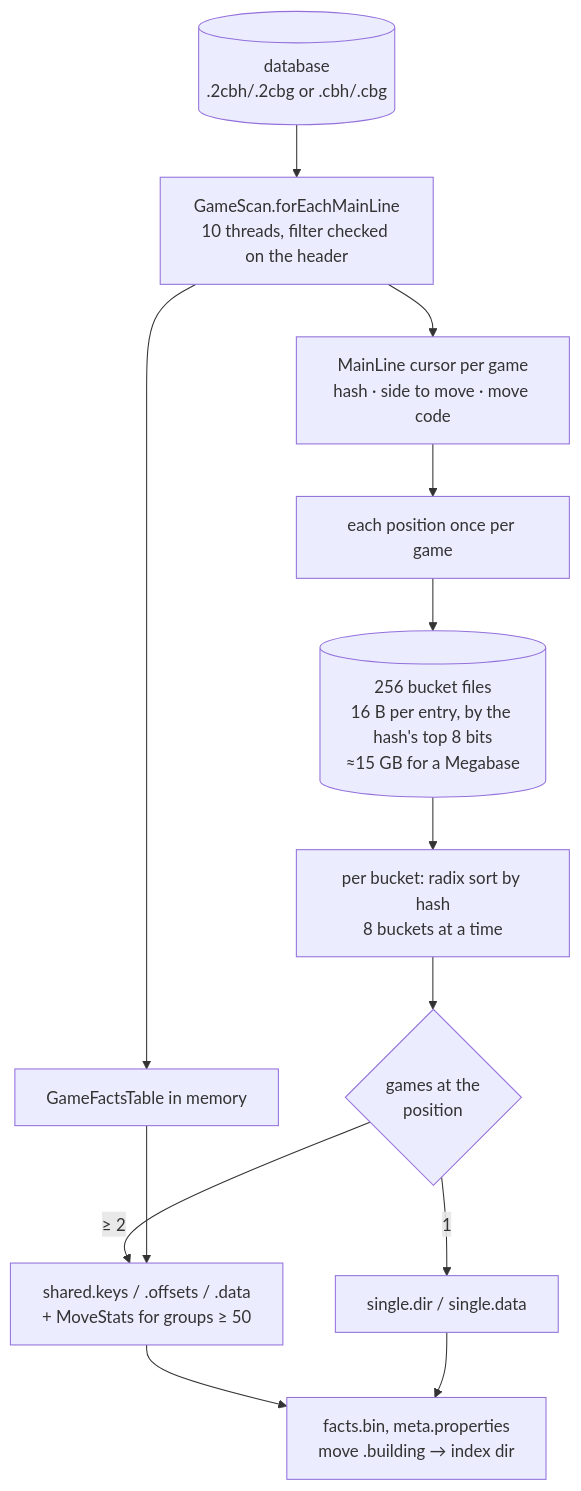
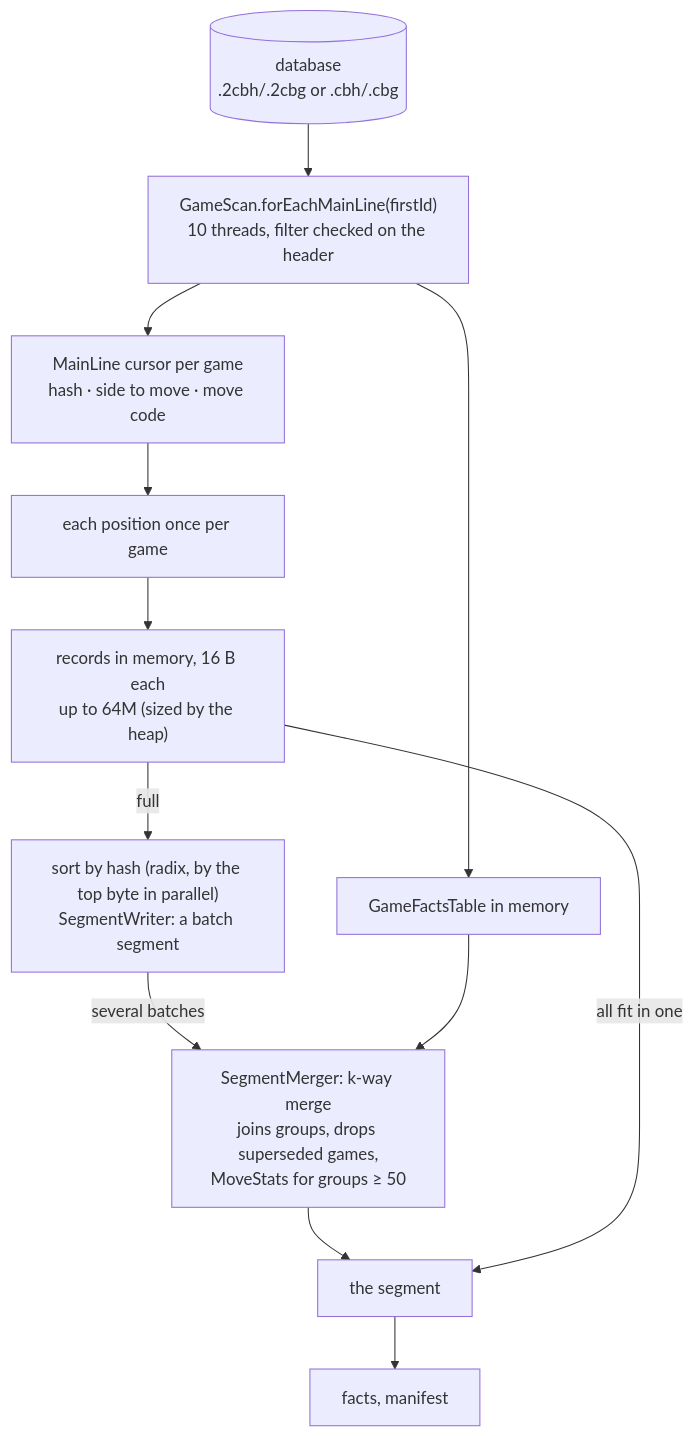
The second of 5 diagrams in morphy-positions/docs/POSITION-INDEX.md (Yarin78/morphy), drawn with Mermaid before and after one commit. The commit also changed other lines of this file and 29 other files, not shown here.

First line of the commit message:
Keep a position index as immutable segments, updated and compacted

````diff
--- a/morphy-positions/docs/POSITION-INDEX.md
+++ b/morphy-positions/docs/POSITION-INDEX.md
@@ -116,23 +138,21 @@
 ```mermaid
 flowchart TD
   db[("database<br/>.2cbh/.2cbg or .cbh/.cbg")]
-  scan["GameScan.forEachMainLine<br/>10 threads, filter checked on the header"]
+  scan["GameScan.forEachMainLine(firstId)<br/>10 threads, filter checked on the header"]
   line["MainLine cursor per game<br/>hash · side to move · move code"]
   dedupe["each position once per game"]
-  buckets[("256 bucket files<br/>16 B per entry, by the hash's top 8 bits<br/>≈15 GB for a Megabase")]
+  batch["records in memory, 16 B each<br/>up to 64M (sized by the heap)"]
   facts["GameFactsTable in memory"]
-  sort["per bucket: radix sort by hash<br/>8 buckets at a time"]
-  split{"games at the<br/>position"}
-  shared["shared.keys / .offsets / .data<br/>+ MoveStats for groups ≥ 50"]
-  single["single.dir / single.data"]
-  final["facts.bin, meta.properties<br/>move .building → index dir"]
+  sortw["sort by hash (radix, by the top byte in parallel)<br/>SegmentWriter: a batch segment"]
+  merge["SegmentMerger: k-way merge<br/>joins groups, drops superseded games,<br/>MoveStats for groups ≥ 50"]
+  seg["the segment"]
+  final["facts, manifest"]
 
-  db --> scan --> line --> dedupe --> buckets
+  db --> scan --> line --> dedupe --> batch
   scan --> facts
-  buckets --> sort --> split
-  split -- "≥ 2" --> shared
-  split -- "1" --> single
-  facts --> shared
-  shared --> final
-  single --> final
+  batch -- "full" --> sortw
+  sortw -- "several batches" --> merge --> seg
+  batch -- "all fit in one" --> seg
+  facts --> merge
+  seg --> final
 ```
````
